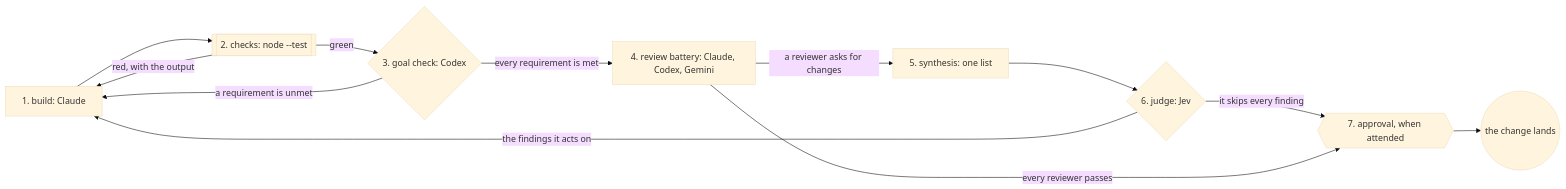
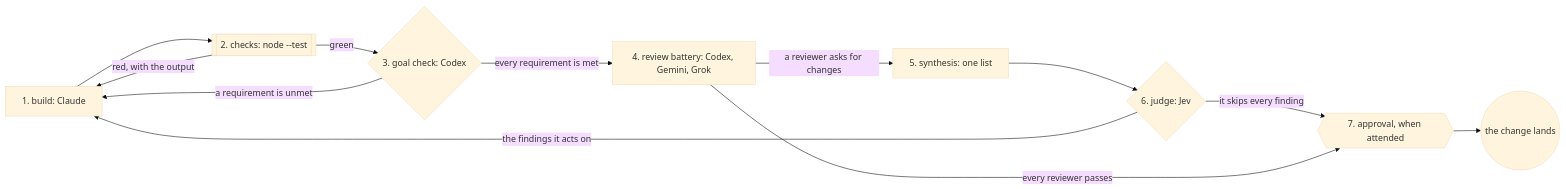
One commit to jonny981/obversa changed the diagram in docs/public/workflows/feature-team.mdx. Above: the diagram before and after it, drawn with Mermaid (base theme). The commit also changed other lines of this file and 99 other files, not shown here.

````diff
--- a/docs/public/workflows/feature-team.mdx
+++ b/docs/public/workflows/feature-team.mdx
@@ -20,14 +20,14 @@
 ```mermaid
 flowchart LR
   build["1. build: Claude"] --> checks[["2. checks: node --test"]]
   checks -->|"red, with the output"| build
   checks -->|green| goal{"3. goal check: Codex"}
   goal -->|"a requirement is unmet"| build
-  goal -->|"every requirement is met"| battery["4. review battery: Claude, Codex, Gemini"]
+  goal -->|"every requirement is met"| battery["4. review battery: Codex, Gemini, Grok"]
   battery -->|"a reviewer asks for changes"| synthesis["5. synthesis: one list"]
   synthesis --> judge{"6. judge: Jev"}
   judge -->|"the findings it acts on"| build
   judge -->|"it skips every finding"| approve{{"7. approval, when attended"}}
   battery -->|"every reviewer passes"| approve
   approve --> lands((the change lands))
 ```
````
